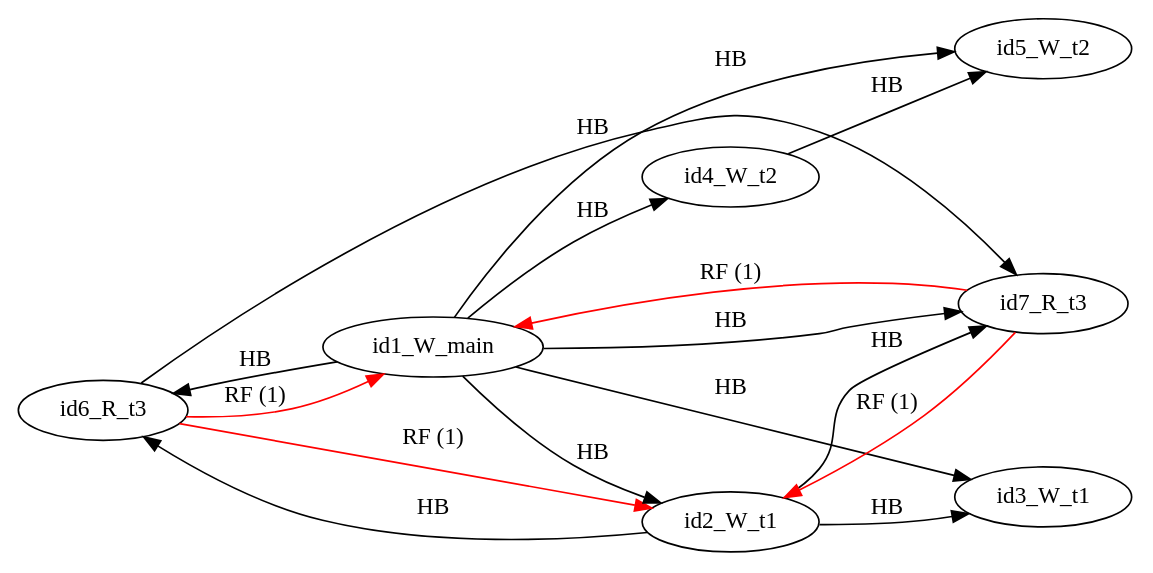
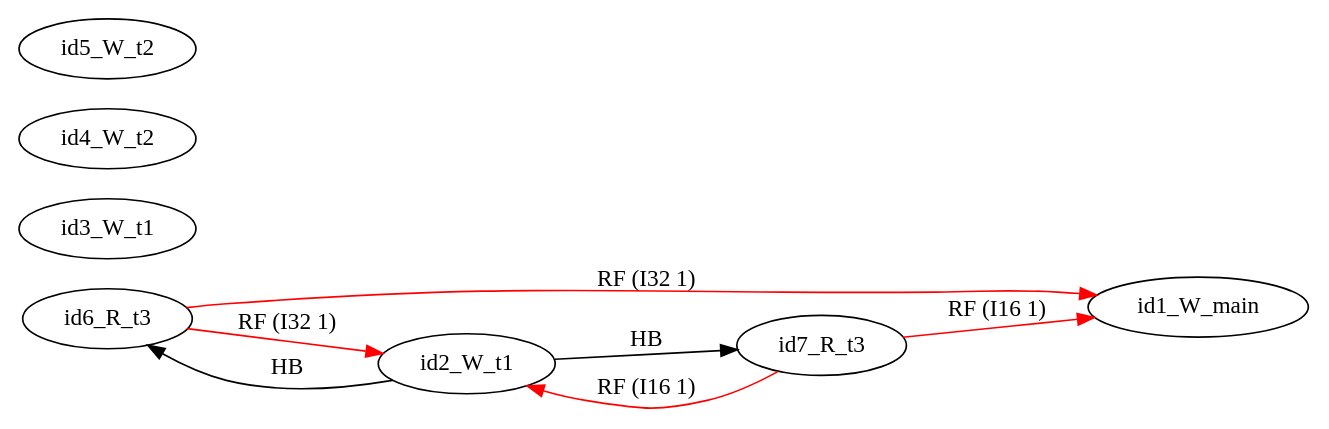
One commit to FMJS/EMME changed the diagram in examples/single_var/sv_simple14/mm3.dot. Above: the diagram before and after it, drawn with Graphviz. The commit also changed 241 other files, not shown here.

```diff
--- a/examples/single_var/sv_simple14/mm3.dot
+++ b/examples/single_var/sv_simple14/mm3.dot
@@ -1,26 +1,17 @@
 digraph memory_model {
 rankdir=LR;
 splines=true; esep=0.5;
-id6_R_t3 -> id1_W_main [label = "RF (1)", color="red"];
-id6_R_t3 -> id2_W_t1 [label = "RF (1)", color="red"];
-id7_R_t3 -> id1_W_main [label = "RF (1)", color="red"];
-id7_R_t3 -> id2_W_t1 [label = "RF (1)", color="red"];
-id2_W_t1 -> id3_W_t1 [label = "HB", color="black"];
-id4_W_t2 -> id5_W_t2 [label = "HB", color="black"];
-id6_R_t3 -> id7_R_t3 [label = "HB", color="black"];
-id1_W_main -> id2_W_t1 [label = "HB", color="black"];
-id1_W_main -> id3_W_t1 [label = "HB", color="black"];
-id1_W_main -> id4_W_t2 [label = "HB", color="black"];
-id1_W_main -> id5_W_t2 [label = "HB", color="black"];
-id1_W_main -> id6_R_t3 [label = "HB", color="black"];
-id1_W_main -> id7_R_t3 [label = "HB", color="black"];
+id6_R_t3 -> id1_W_main [label = "RF (I32 1)", color="red"];
+id6_R_t3 -> id2_W_t1 [label = "RF (I32 1)", color="red"];
+id7_R_t3 -> id1_W_main [label = "RF (I16 1)", color="red"];
+id7_R_t3 -> id2_W_t1 [label = "RF (I16 1)", color="red"];
 id2_W_t1 -> id6_R_t3 [label = "HB", color="black"];
 id2_W_t1 -> id7_R_t3 [label = "HB", color="black"];
 id1_W_main [pos="5.0,4!"]
 id2_W_t1 [pos="0,2!"]
 id3_W_t1 [pos="0,0!"]
 id4_W_t2 [pos="5,2!"]
 id5_W_t2 [pos="5,0!"]
 id6_R_t3 [pos="10,2!"]
 id7_R_t3 [pos="10,0!"]
 }
```
